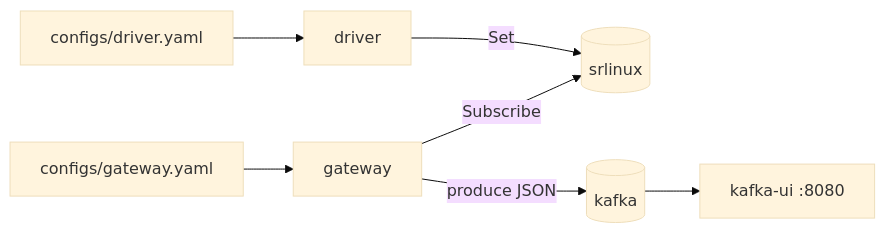
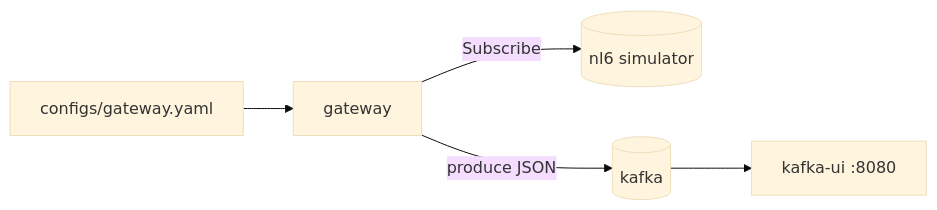
One commit to indigo423/gnmi-kafka-producer changed the first of 2 diagrams in README.md. Above: the diagram before and after it, drawn with Mermaid (base theme). The commit also changed other lines of this file and 11 other files, not shown here.

````diff
--- a/README.md
+++ b/README.md
@@ -7,17 +7,13 @@
 ```mermaid
 flowchart LR
     gconf[configs/gateway.yaml]
-    dconf[configs/driver.yaml]
     GW[gateway]
-    DR[driver]
-    SR[(srlinux)]
+    NL6[(nl6 simulator)]
     K[(kafka)]
     UI[kafka-ui :8080]
 
     gconf --> GW
-    dconf --> DR
-    GW -- Subscribe --> SR
-    DR -- Set --> SR
+    GW -- Subscribe --> NL6
     GW -- produce JSON --> K
     K --> UI
 ```
````
